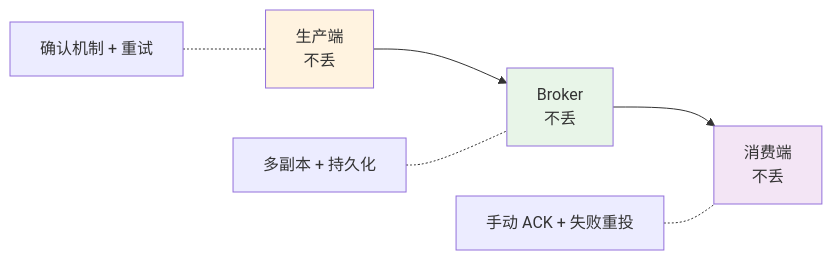
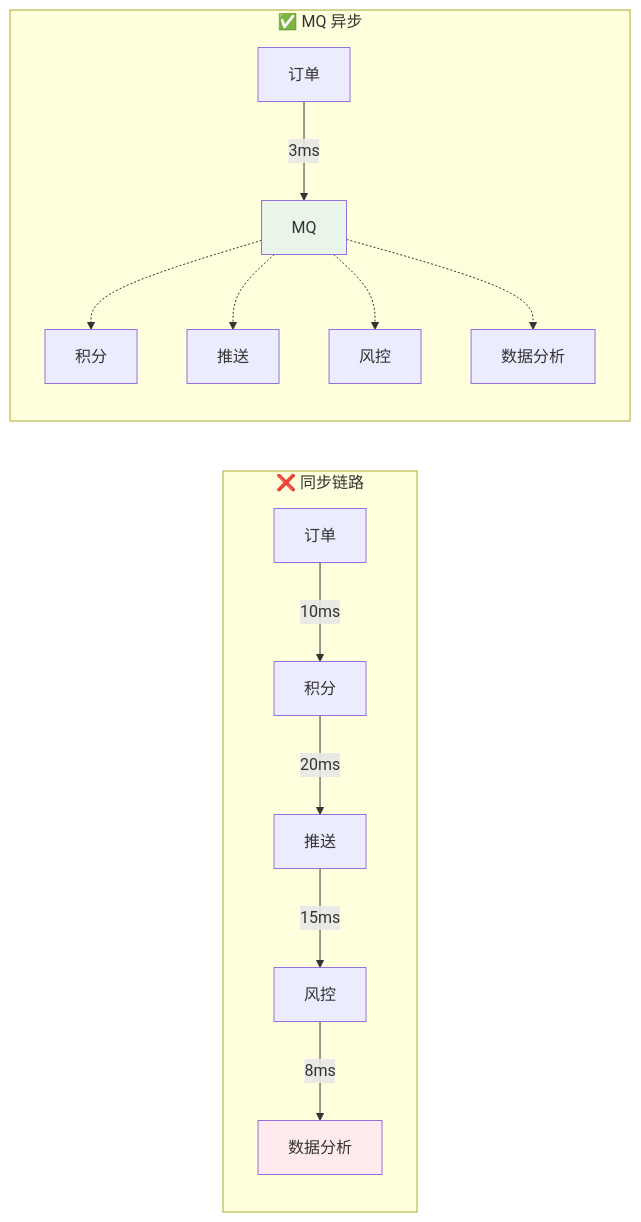
Before and after one commit to chongyang211/YCBookBlog: the second of 12 diagrams in docs/10.真经/05.方案设计思想/08.消息队列方案选型.md, drawn with Mermaid. The commit also changed other lines of this file and 36 other files, not shown here.

````diff
--- a/docs/10.真经/05.方案设计思想/08.消息队列方案选型.md
+++ b/docs/10.真经/05.方案设计思想/08.消息队列方案选型.md
@@ -246,13 +194,20 @@
 ```mermaid
 graph LR
-    P[生产端<br/>不丢] --> B[Broker<br/>不丢]
-    B --> C[消费端<br/>不丢]
+    subgraph "❌ 同步链路"
+        A[订单] -->|10ms| B[积分]
+        B -->|20ms| C[推送]
+        C -->|15ms| D[风控]
+        D -->|8ms| E[数据分析]
+    end
     
-    P1[确认机制 + 重试] -.- P
-    B1[多副本 + 持久化] -.- B
-    C1[手动 ACK + 失败重投] -.- C
+    subgraph "✅ MQ 异步"
+        A2[订单] -->|3ms| MQ
+        MQ -.-> B2[积分]
+        MQ -.-> C2[推送]
+        MQ -.-> D2[风控]
+        MQ -.-> E2[数据分析]
+    end
     
-    style P fill:#fff3e0
-    style B fill:#e8f5e8
-    style C fill:#f3e5f5
+    style E fill:#ffebee
+    style MQ fill:#e8f5e8
 ```
````
